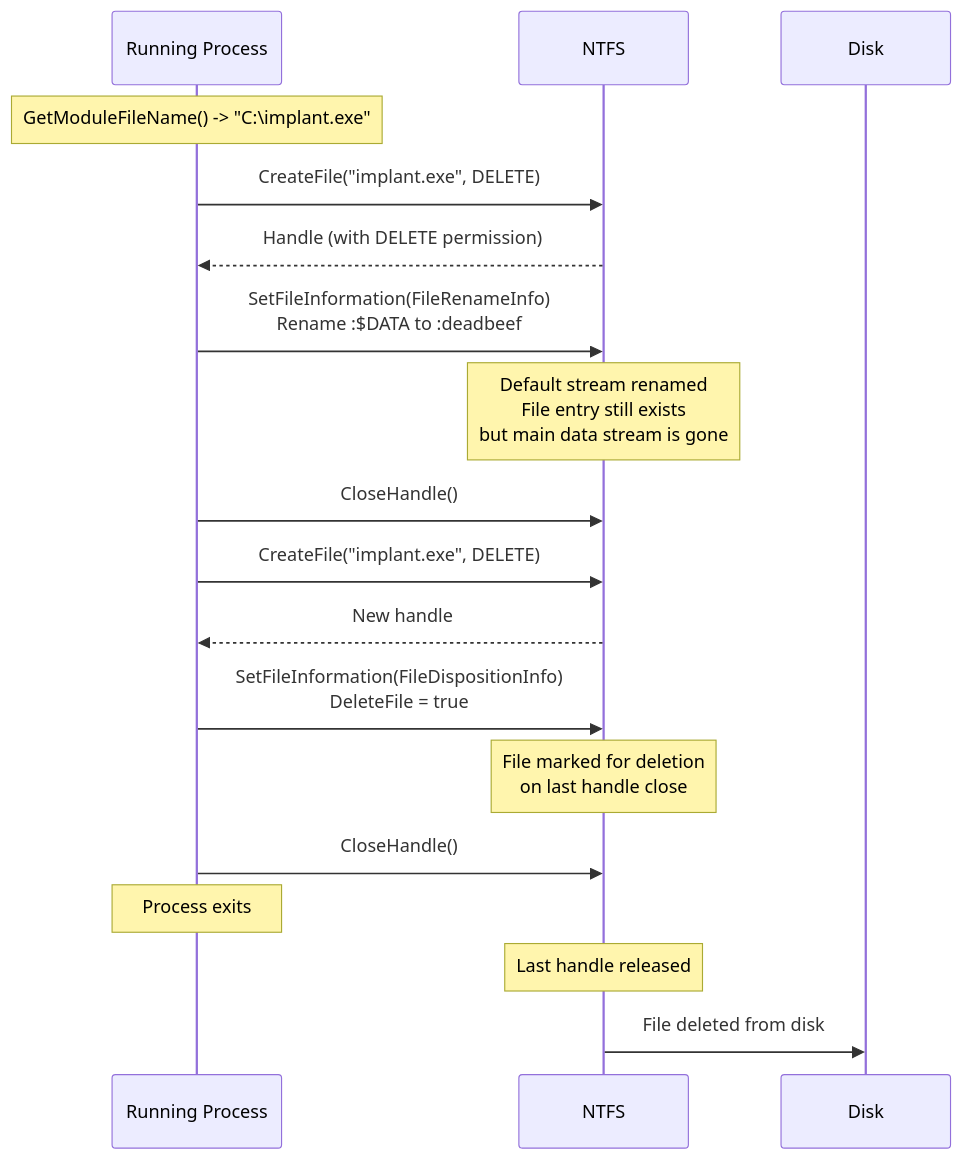
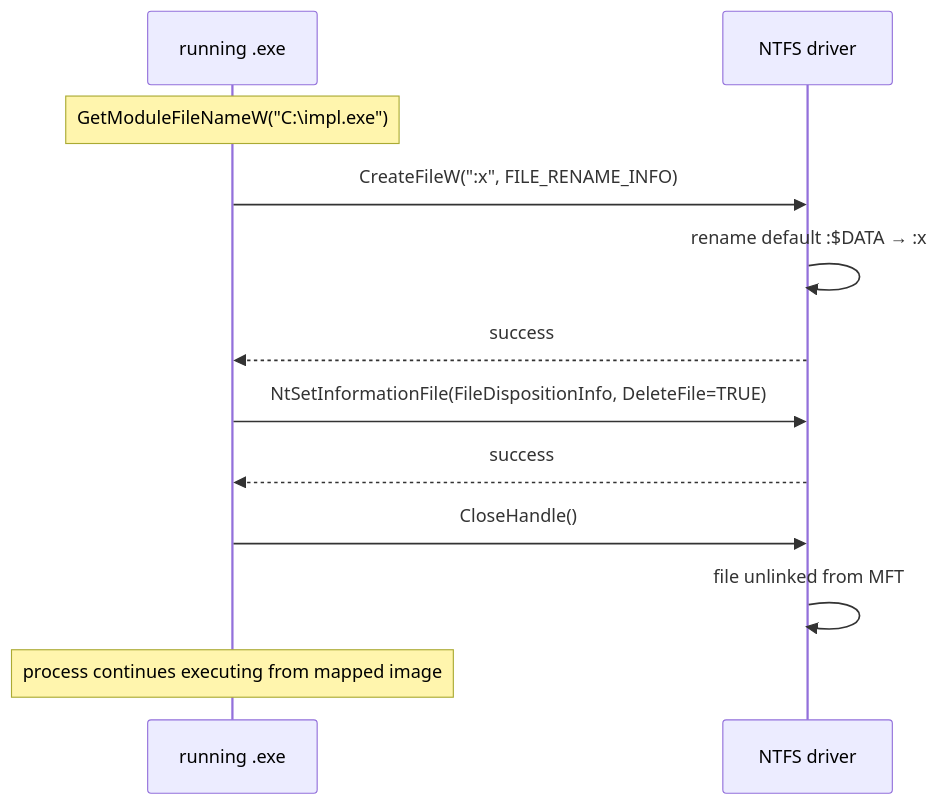
Before and after one commit to oioio-space/maldev: the diagram in docs/techniques/cleanup/self-delete.md, drawn with Mermaid. The commit also changed other lines of this file and 22 other files, not shown here.

````diff
--- a/docs/techniques/cleanup/self-delete.md
+++ b/docs/techniques/cleanup/self-delete.md
@@ -22,28 +46,14 @@
 ```mermaid
 sequenceDiagram
-    participant Proc as Running Process
-    participant FS as NTFS
-    participant Disk as Disk
-
-    Note over Proc: GetModuleFileName() -> "C:\implant.exe"
-
-    Proc->>FS: CreateFile("implant.exe", DELETE)
-    FS-->>Proc: Handle (with DELETE permission)
-
-    Proc->>FS: SetFileInformation(FileRenameInfo)<br/>Rename :$DATA to :deadbeef
-    Note over FS: Default stream renamed<br/>File entry still exists<br/>but main data stream is gone
-
+    participant Proc as running .exe
+    participant FS as NTFS driver
+    Note over Proc: GetModuleFileNameW("C:\impl.exe")
+    Proc->>FS: CreateFileW(":x", FILE_RENAME_INFO)
+    FS->>FS: rename default :$DATA → :x
+    FS-->>Proc: success
+    Proc->>FS: NtSetInformationFile(FileDispositionInfo, DeleteFile=TRUE)
+    FS-->>Proc: success
     Proc->>FS: CloseHandle()
-
-    Proc->>FS: CreateFile("implant.exe", DELETE)
-    FS-->>Proc: New handle
-
-    Proc->>FS: SetFileInformation(FileDispositionInfo)<br/>DeleteFile = true
-    Note over FS: File marked for deletion<br/>on last handle close
-
-    Proc->>FS: CloseHandle()
-
-    Note over Proc: Process exits
-    Note over FS: Last handle released
-    FS->>Disk: File deleted from disk
+    FS->>FS: file unlinked from MFT
+    Note over Proc: process continues executing from mapped image
 ```
````
